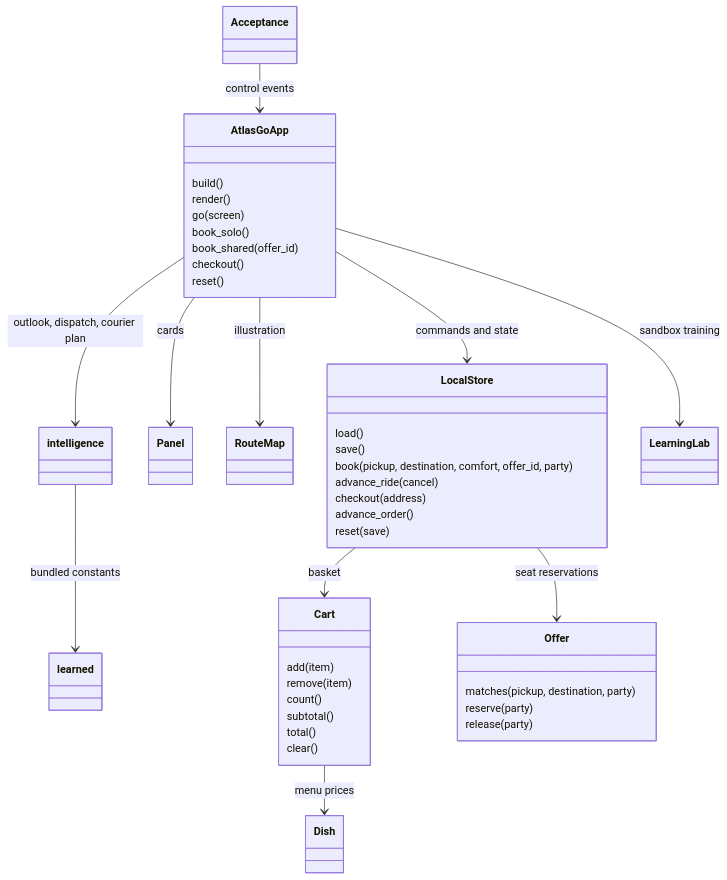
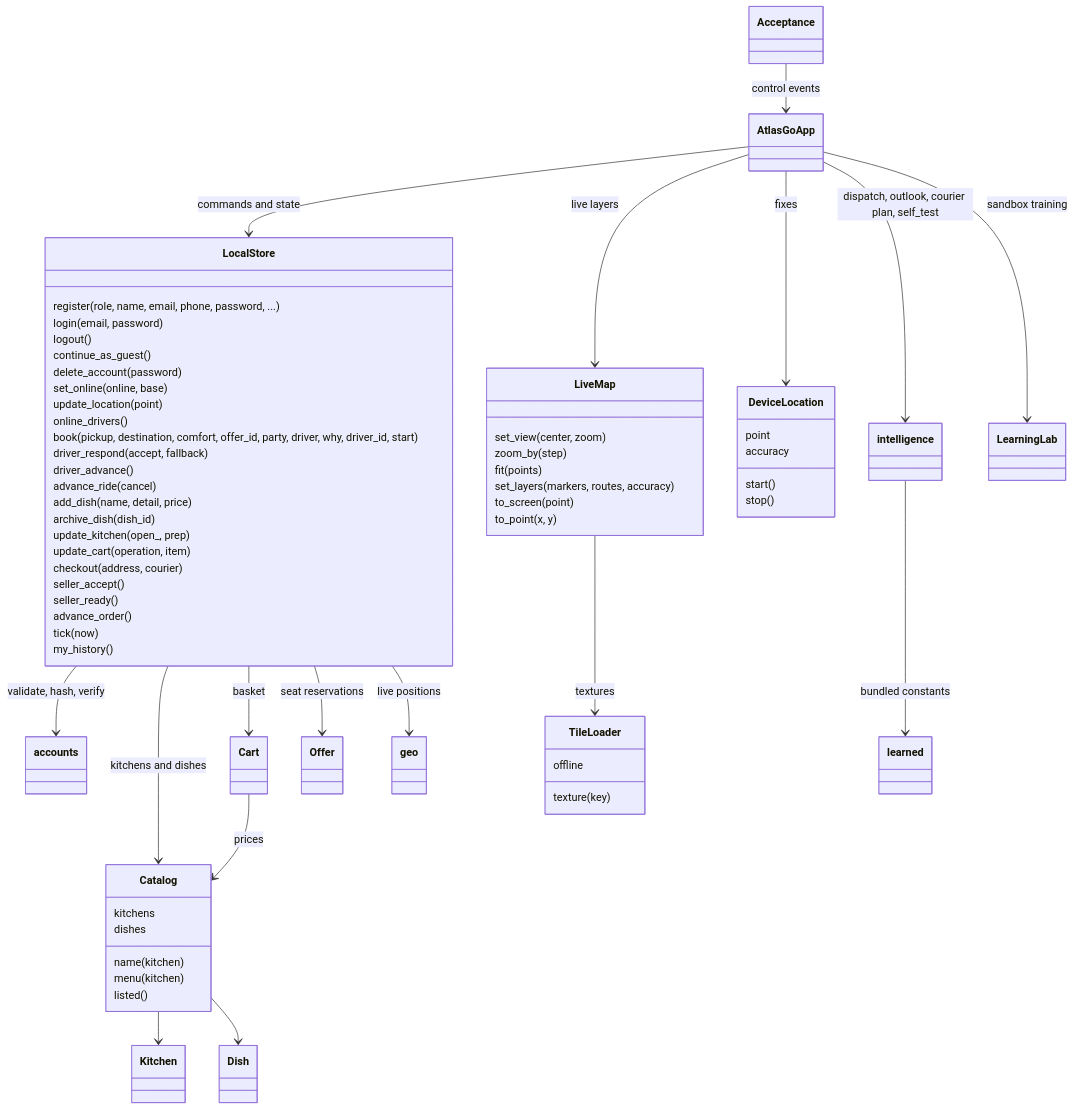
The second of 2 diagrams in android-app/docs/ARCHITECTURE.md (FUllSCIPTS/ATLAS), drawn with Mermaid before and after one commit. The commit also changed other lines of this file and 4 other files, not shown here.

Commit message:
ATLAS Go 1.2.0: user guide, architecture, privacy, testing, Play docs

````diff
--- a/android-app/docs/ARCHITECTURE.md
+++ b/android-app/docs/ARCHITECTURE.md
@@ -44,44 +65,68 @@
 ```mermaid
 classDiagram
     AtlasGoApp --> LocalStore : commands and state
-    AtlasGoApp --> Panel : cards
-    AtlasGoApp --> RouteMap : illustration
-    AtlasGoApp --> intelligence : outlook, dispatch, courier plan
+    AtlasGoApp --> LiveMap : live layers
+    AtlasGoApp --> DeviceLocation : fixes
+    AtlasGoApp --> intelligence : dispatch, outlook, courier plan, self_test
     AtlasGoApp --> LearningLab : sandbox training
+    LiveMap --> TileLoader : textures
+    LocalStore --> accounts : validate, hash, verify
+    LocalStore --> Catalog : kitchens and dishes
+    LocalStore --> Cart : basket
+    LocalStore --> Offer : seat reservations
+    LocalStore --> geo : live positions
+    Catalog --> Kitchen
+    Catalog --> Dish
+    Cart --> Catalog : prices
     intelligence --> learned : bundled constants
     Acceptance --> AtlasGoApp : control events
-    LocalStore --> Cart : basket
-    LocalStore --> Offer : seat reservations
-    Cart --> Dish : menu prices
-    class AtlasGoApp {
-        build()
-        render()
-        go(screen)
-        book_solo()
-        book_shared(offer_id)
-        checkout()
-        reset()
+    class LocalStore {
+        register(role, name, email, phone, password, ...)
+        login(email, password)
+        logout()
+        continue_as_guest()
+        delete_account(password)
+        set_online(online, base)
+        update_location(point)
+        online_drivers()
+        book(pickup, destination, comfort, offer_id, party, driver, why, driver_id, start)
+        driver_respond(accept, fallback)
+        driver_advance()
+        advance_ride(cancel)
+        add_dish(name, detail, price)
+        archive_dish(dish_id)
+        update_kitchen(open_, prep)
+        update_cart(operation, item)
+        checkout(address, courier)
+        seller_accept()
+        seller_ready()
+        advance_order()
+        tick(now)
+        my_history()
     }
-    class LocalStore {
-        load()
-        save()
-        book(pickup, destination, comfort, offer_id, party)
-        advance_ride(cancel)
-        checkout(address)
-        advance_order()
-        reset(save)
+    class Catalog {
+        kitchens
+        dishes
+        name(kitchen)
+        menu(kitchen)
+        listed()
     }
-    class Cart {
-        add(item)
-        remove(item)
-        count()
-        subtotal()
-        total()
-        clear()
+    class LiveMap {
+        set_view(center, zoom)
+        zoom_by(step)
+        fit(points)
+        set_layers(markers, routes, accuracy)
+        to_screen(point)
+        to_point(x, y)
     }
-    class Offer {
-        matches(pickup, destination, party)
-        reserve(party)
-        release(party)
+    class TileLoader {
+        texture(key)
+        offline
+    }
+    class DeviceLocation {
+        start()
+        stop()
+        point
+        accuracy
     }
 ```
````
